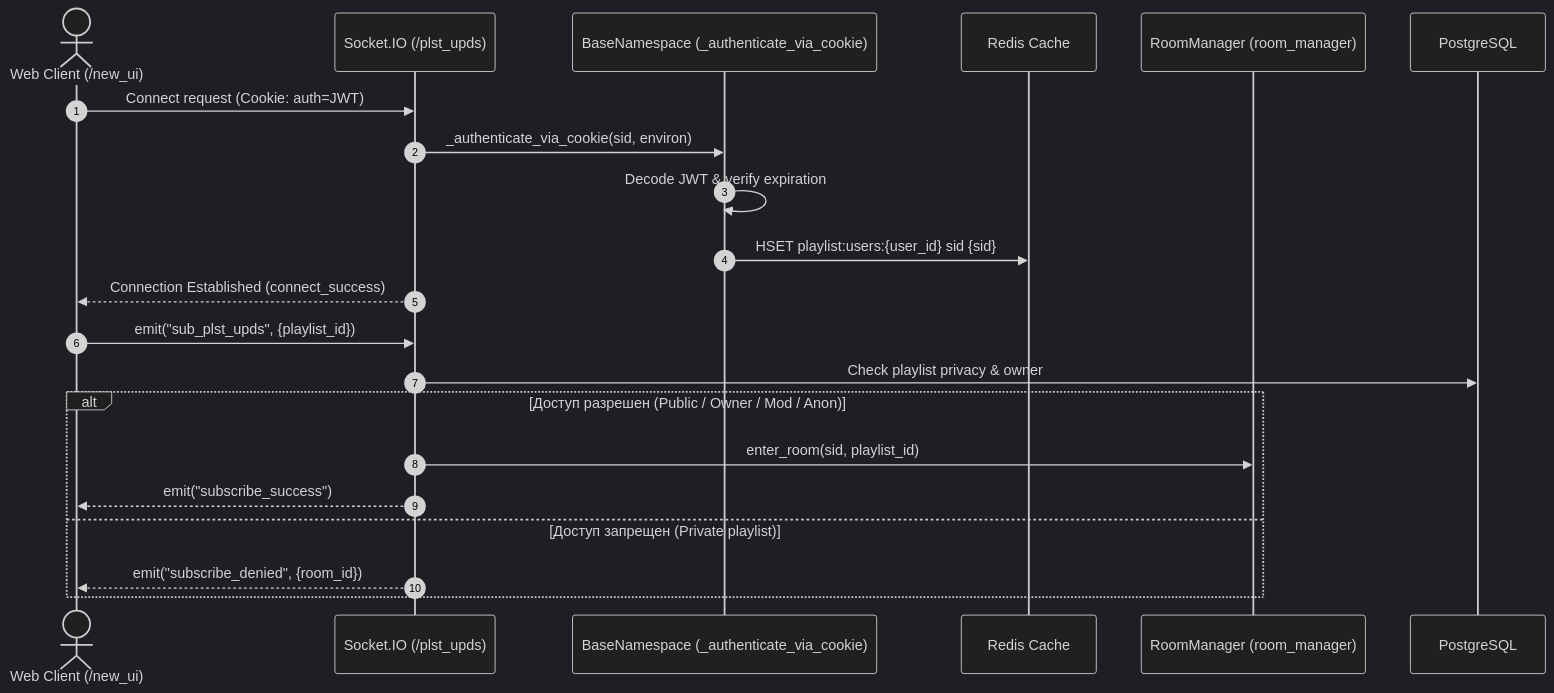
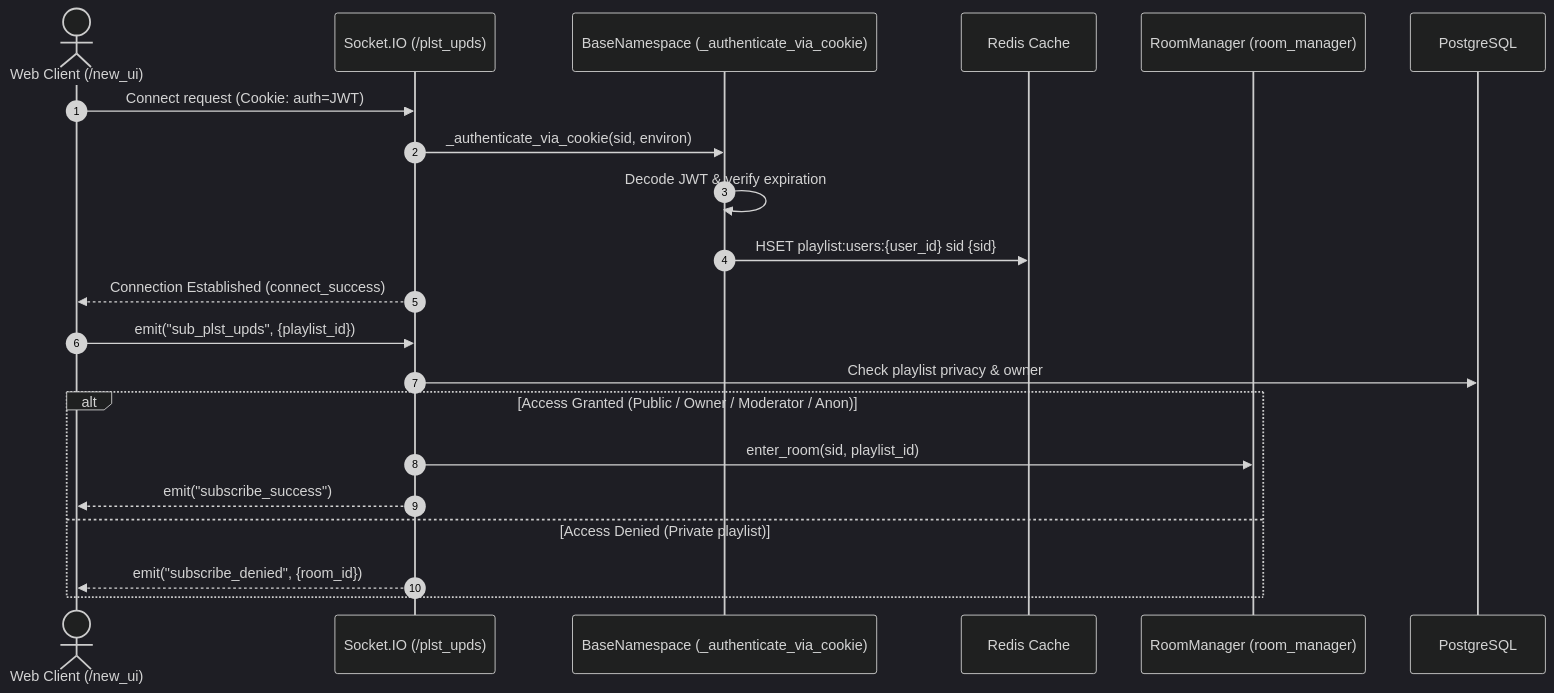
Before and after one commit to DustGalaxy/openplaylist-mono: the second of 4 diagrams in docs/core/realtime.md, drawn with Mermaid (dark theme). The commit also changed other lines of this file and 21 other files, not shown here.

Commit message:
docs: translate technical architecture and component guides to English

````diff
--- a/docs/core/realtime.md
+++ b/docs/core/realtime.md
@@ -78,26 +78,26 @@
 ```mermaid
 sequenceDiagram
     autonumber
     actor Client as Web Client (/new_ui)
     participant SIO as Socket.IO (/plst_upds)
     participant Auth as BaseNamespace (_authenticate_via_cookie)
     participant Redis as Redis Cache
     participant Room as RoomManager (room_manager)
     participant DB as PostgreSQL
 
     Client->>SIO: Connect request (Cookie: auth=JWT)
     SIO->>Auth: _authenticate_via_cookie(sid, environ)
     Auth->>Auth: Decode JWT & verify expiration
     Auth->>Redis: HSET playlist:users:{user_id} sid {sid}
     SIO-->>Client: Connection Established (connect_success)
 
     Client->>SIO: emit("sub_plst_upds", {playlist_id})
     SIO->>DB: Check playlist privacy & owner
     
-    alt Доступ разрешен (Public / Owner / Mod / Anon)
+    alt Access Granted (Public / Owner / Moderator / Anon)
         SIO->>Room: enter_room(sid, playlist_id)
         SIO-->>Client: emit("subscribe_success")
-    else Доступ запрещен (Private playlist)
+    else Access Denied (Private playlist)
         SIO-->>Client: emit("subscribe_denied", {room_id})
     end
 ```
````
